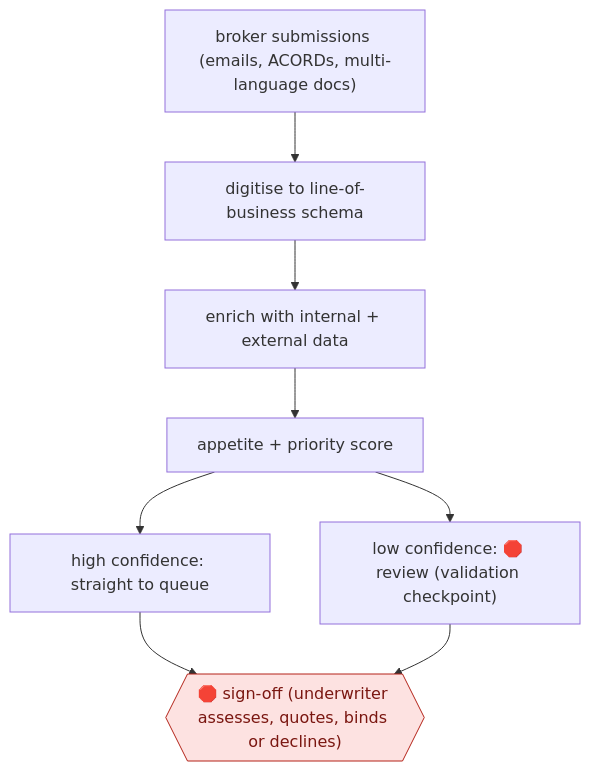
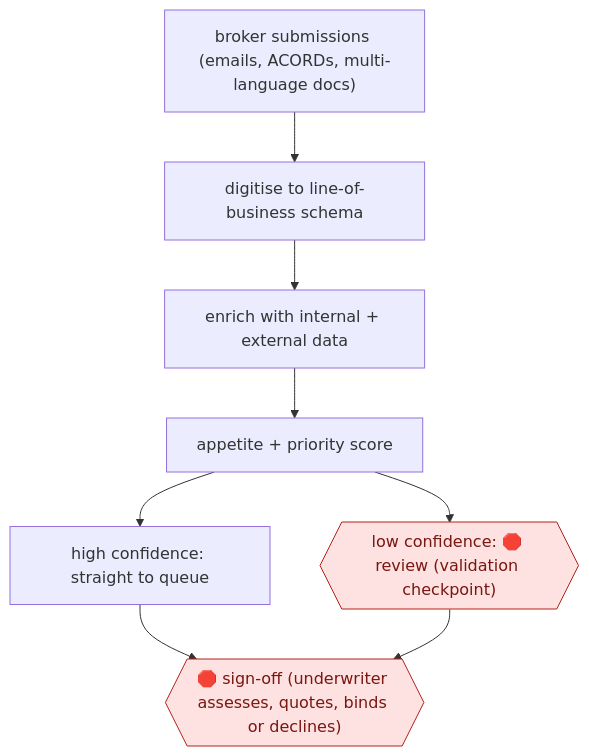
Before and after one commit to milesradford99/agent-workflow-atlas: the diagram in workflows/unplaced/decision-ready-submission-triage/README.md, drawn with Mermaid. The commit also changed other lines of this file and 171 other files, not shown here.

````diff
--- a/workflows/unplaced/decision-ready-submission-triage/README.md
+++ b/workflows/unplaced/decision-ready-submission-triage/README.md
@@ -32,18 +32,18 @@
 ```mermaid
 flowchart TD
   n1["broker submissions (emails, ACORDs, multi-language docs)"]
   n2["digitise to line-of-business schema"]
+  n3["enrich with internal + external data"]
+  n4["appetite + priority score"]
+  n5["high confidence: straight to queue"]
+  n6{{"low confidence: 🛑 review (validation checkpoint)"}}:::stop
+  n7{{"🛑 sign-off (underwriter assesses, quotes, binds or declines)"}}:::stop
   n1 --> n2
-  n3["enrich with internal + external data"]
   n2 --> n3
-  n4["appetite + priority score"]
   n3 --> n4
-  n5["high confidence: straight to queue"]
   n4 --> n5
-  n6["low confidence: 🛑 review (validation checkpoint)"]
   n4 --> n6
-  n7{{"🛑 sign-off (underwriter assesses, quotes, binds or declines)"}}:::stop
   n5 --> n7
   n6 --> n7
   classDef stop fill:#fde2e1,stroke:#b42318,color:#7a1610
 ```
````
